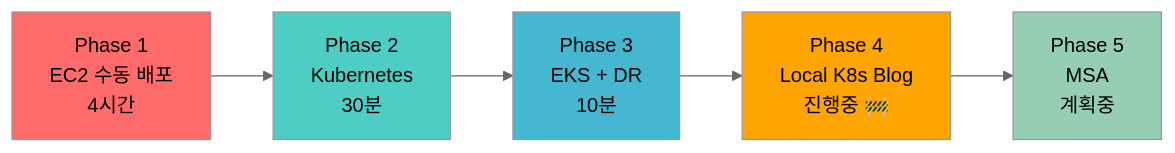
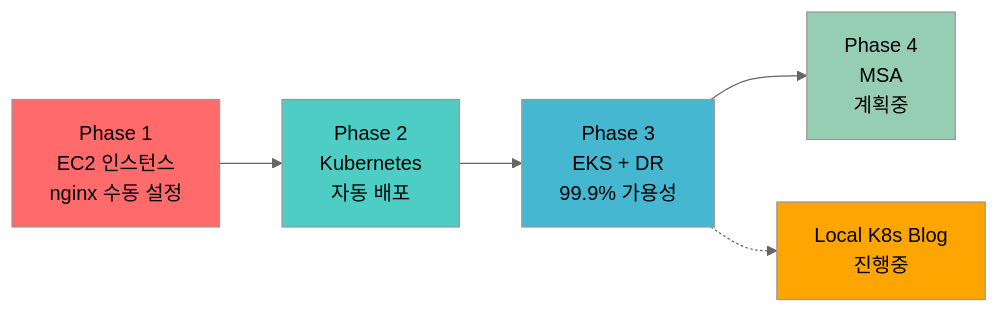
One commit to wlals2/blogsite changed the diagram in content/projects/_index.md. Above: the diagram before and after it, drawn with Mermaid (neutral theme). The commit also changed other lines of this file and 4 other files, not shown here.

````diff
--- a/content/projects/_index.md
+++ b/content/projects/_index.md
@@ -25,13 +25,14 @@
 ```mermaid
 graph LR
-    A[Phase 1<br/>EC2 수동 배포<br/>4시간] --> B[Phase 2<br/>Kubernetes<br/>30분]
-    B --> C[Phase 3<br/>EKS + DR<br/>10분]
-    C --> D[Phase 4<br/>Local K8s Blog<br/>진행중 🚧]
-    D --> E[Phase 5<br/>MSA<br/>계획중]
+    A["Phase 1<br>EC2 인스턴스<br>nginx 수동 설정"] --> B["Phase 2<br>Kubernetes<br>자동 배포"]
+    B --> C["Phase 3<br>EKS + DR<br>99.9% 가용성"]
+    C --> D["Phase 4<br>MSA<br>계획중"]
+
+    C -.-> E["Local K8s Blog<br>진행중"]
 
     style A fill:#ff6b6b
     style B fill:#4ecdc4
     style C fill:#45b7d1
-    style D fill:#ffa502
-    style E fill:#96ceb4
+    style D fill:#96ceb4
+    style E fill:#ffa502
 ```
````
